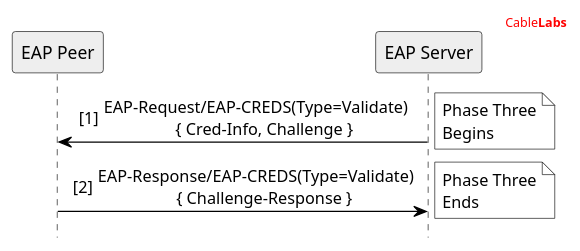
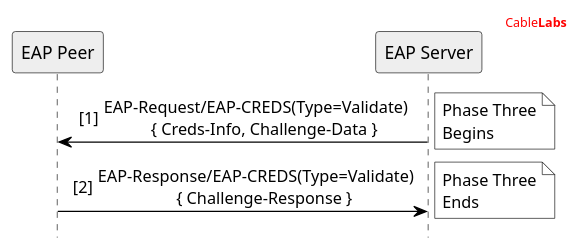
The diagram in Extras/UML/EAP-CREDS Phase Three Flow.puml (openca/eap-creds), drawn with PlantUML before and after one commit. The commit also changed 56 other files, not shown here.

```diff
--- a/Extras/UML/EAP-CREDS Phase Three Flow.puml
+++ b/Extras/UML/EAP-CREDS Phase Three Flow.puml
@@ -2,37 +2,37 @@
 @startuml
 
 '' header information
 header
 <font color="red">Cable<b>Labs</b></font>
 endheader
 
 '' Use this to hide the foot boxes
 hide footbox
 
 skinparam sequenceMessageAlign center
 skinparam NoteBorderColor black
 '' skinparam BackgroundColor #ddd
 
 skinparam sequence {
 	borderColor black
 	ArrowColor black
 	ActorBorderColor black
 	ParticipantBorderColor black
 	LifeLineBorderColor black
 	LifeLineBackgroundColor white
 }
 
 '' Participants Declaration
 Participant "EAP Peer" as P #eee
 Participant "EAP Server" as S #eee
 
 autonumber 1 "[##]"
-S->P: EAP-Request/EAP-CREDS(Type=Validate)\n    { Cred-Info, Challenge }
+S->P: EAP-Request/EAP-CREDS(Type=Validate)\n    { Creds-Info, Challenge-Data }
 note right #fff: Phase Three\nBegins
 
 P->S: EAP-Response/EAP-CREDS(Type=Validate)\n    { Challenge-Response }
 
 note right #fff: Phase Three\nEnds
 
 
 @enduml
```
